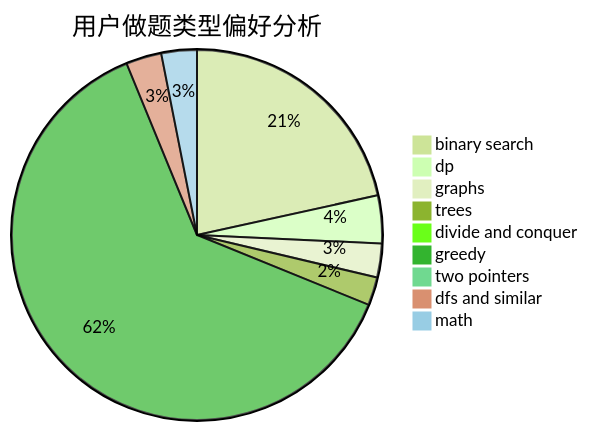
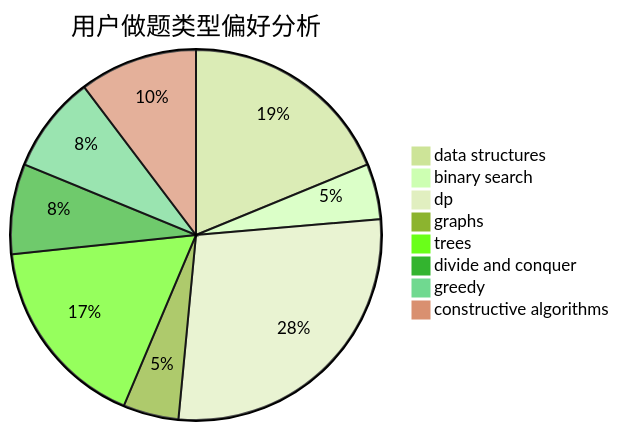
The second of 3 diagrams in docs/user/u2432.md (sherpahu/cfrs.github.io), drawn with Mermaid (forest theme) before and after one commit. The commit also changed other lines of this file and 2775 other files, not shown here.

````diff
--- a/docs/user/u2432.md
+++ b/docs/user/u2432.md
@@ -23,12 +23,11 @@
 ```mermaid
 pie title 用户做题类型偏好分析
-    "binary search" :  299
-    "dp" :  58
-    "graphs" :  41
-    "trees" :  34
+    "data structures" :  31
+    "binary search" :  8
+    "dp" :  46
+    "graphs" :  8
+    "trees" :  28
     "divide and conquer" :  13
-    "greedy" :  869
-    "two pointers" :  0
-    "dfs and similar" :  43
-    "math" :  43
+    "greedy" :  14
+    "constructive algorithms" :  17
 ```
````
